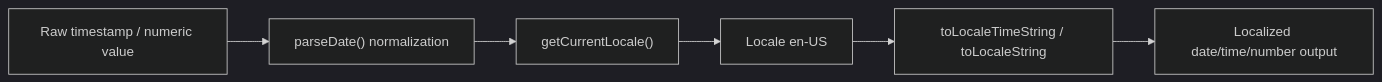
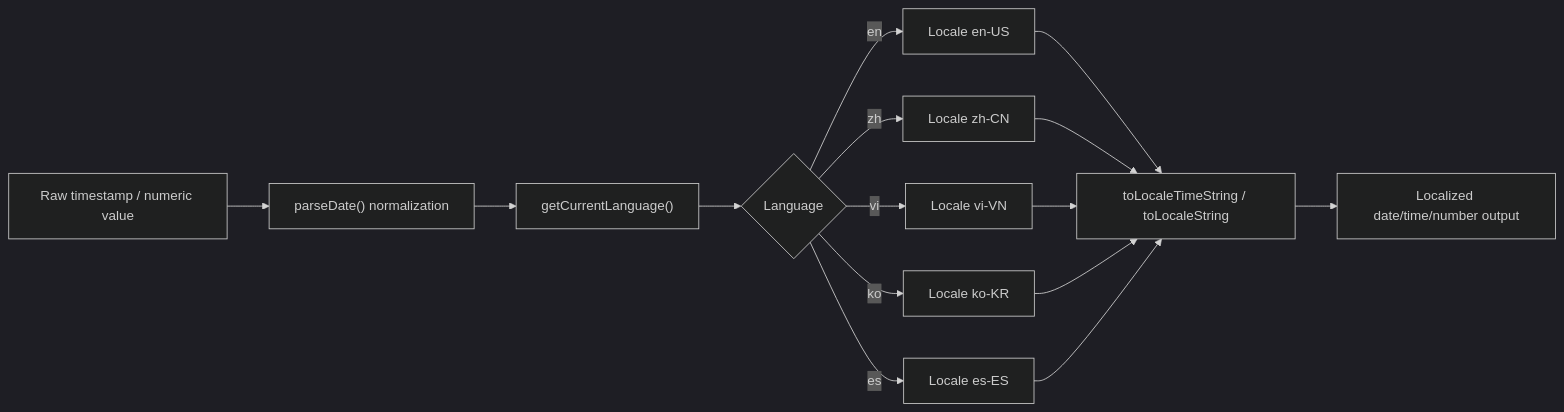
The sixth of 7 diagrams in docs/I18N.md (buluma/Code-Agent-Monitor), drawn with Mermaid (dark theme) before and after one commit. The commit also changed other lines of this file and 1142 other files, not shown here.

````diff
--- a/docs/I18N.md
+++ b/docs/I18N.md
@@ -214,8 +240,17 @@
 ```mermaid
 flowchart LR
     A["Raw timestamp / numeric value"] --> B["parseDate() normalization"]
-    B --> C["getCurrentLocale()"]
-    C --> D["Locale en-US"]
-    D --> E["toLocaleTimeString / toLocaleString"]
-    E --> F["Localized date/time/number output"]
+    B --> C["getCurrentLanguage()"]
+    C --> D{"Language"}
+    D -->|en| E["Locale en-US"]
+    D -->|zh| F["Locale zh-CN"]
+    D -->|vi| G["Locale vi-VN"]
+    D -->|ko| H["Locale ko-KR"]
+    D -->|es| J["Locale es-ES"]
+    E --> K["toLocaleTimeString / toLocaleString"]
+    F --> K
+    G --> K
+    H --> K
+    J --> K
+    K --> I["Localized date/time/number output"]
 ```
````
